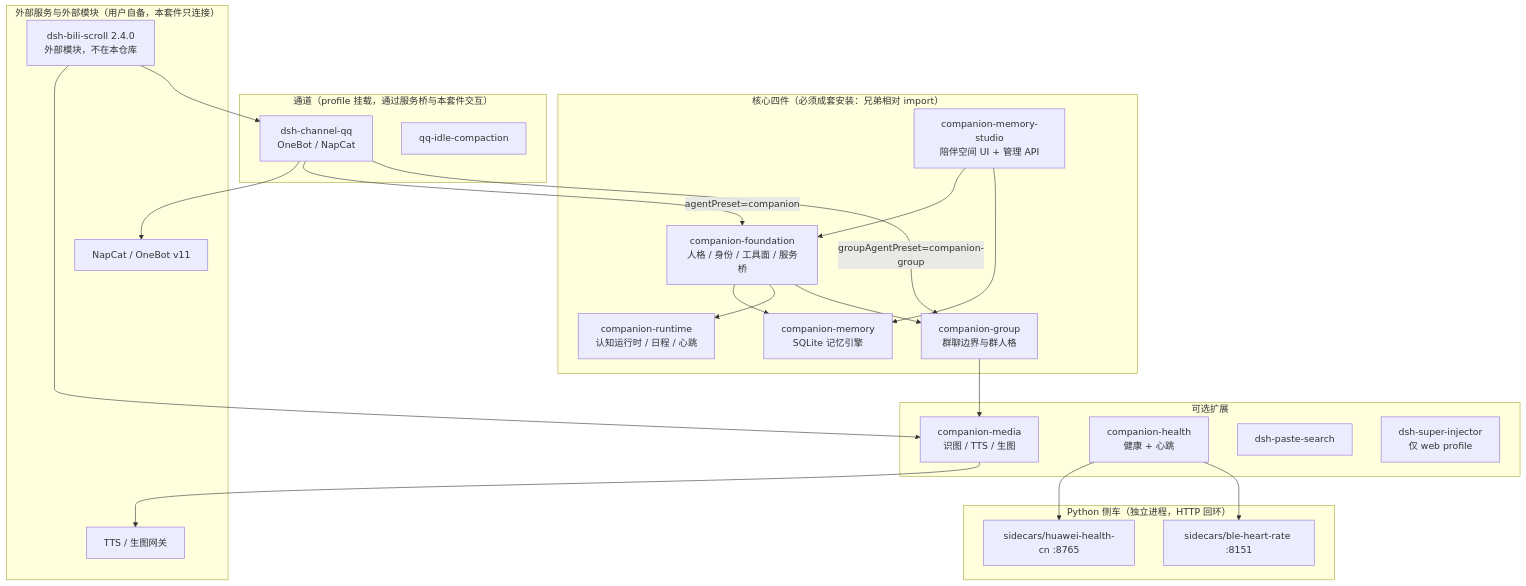
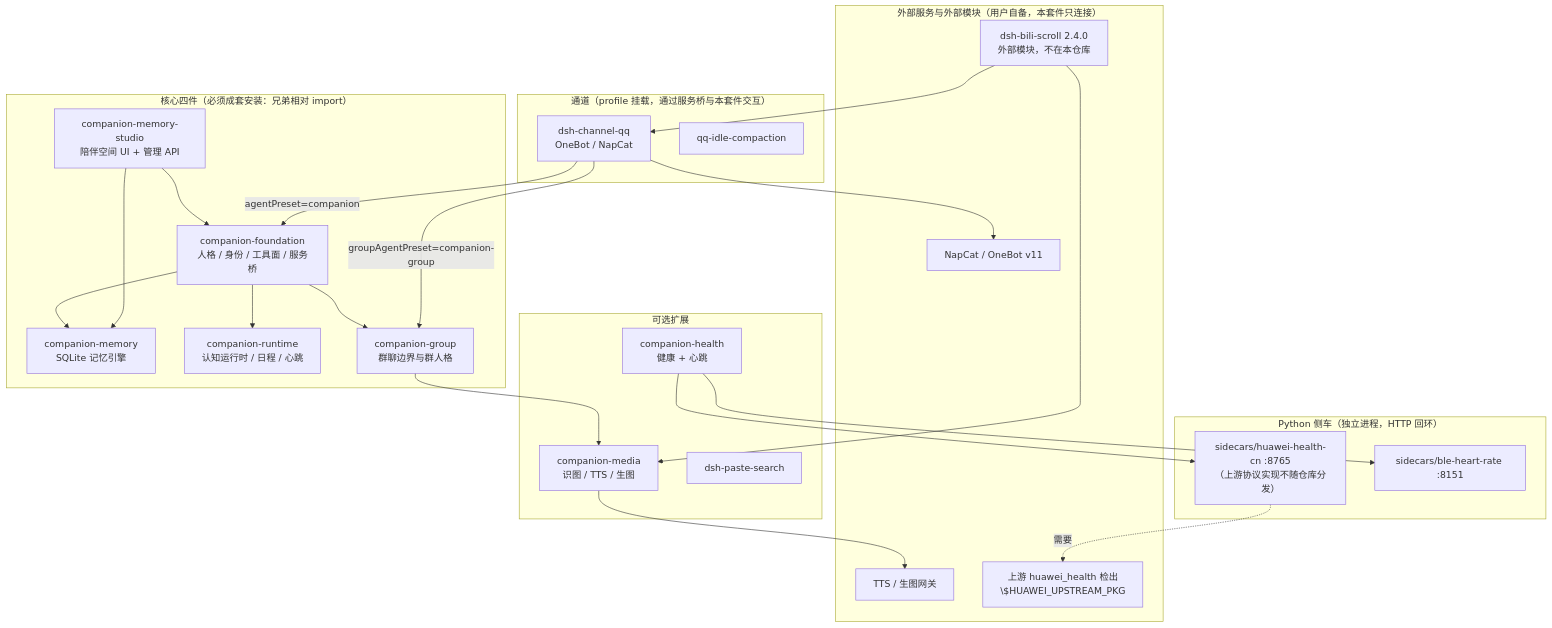
Before and after one commit to FamousBOBO/dsh-companion: the diagram in docs/03-modules-support-matrix.md, drawn with Mermaid. The commit also changed other lines of this file and 141 other files, not shown here.

````diff
--- a/docs/03-modules-support-matrix.md
+++ b/docs/03-modules-support-matrix.md
@@ -47,48 +86,49 @@
 ```mermaid
 flowchart TD
     subgraph core["核心四件（必须成套安装：兄弟相对 import）"]
         F[companion-foundation<br/>人格 / 身份 / 工具面 / 服务桥]
         M[companion-memory<br/>SQLite 记忆引擎]
         R[companion-runtime<br/>认知运行时 / 日程 / 心跳]
         G[companion-group<br/>群聊边界与群人格]
         S[companion-memory-studio<br/>陪伴空间 UI + 管理 API]
         F --> M
         F --> R
         F --> G
         S --> F
         S --> M
     end
 
     subgraph channels["通道（profile 挂载，通过服务桥与本套件交互）"]
         Q[dsh-channel-qq<br/>OneBot / NapCat]
         QC[qq-idle-compaction]
     end
 
     subgraph optional["可选扩展"]
         MD[companion-media<br/>识图 / TTS / 生图]
         H[companion-health<br/>健康 + 心跳]
         PS[dsh-paste-search]
-        SI[dsh-super-injector<br/>仅 web profile]
     end
 
     subgraph sidecars["Python 侧车（独立进程，HTTP 回环）"]
-        HW[sidecars/huawei-health-cn :8765]
+        HW["sidecars/huawei-health-cn :8765<br/>（上游协议实现不随仓库分发）"]
         BLE[sidecars/ble-heart-rate :8151]
     end
 
     subgraph external["外部服务与外部模块（用户自备，本套件只连接）"]
         OB[NapCat / OneBot v11]
         MEDIA[TTS / 生图网关]
-        BILI[dsh-bili-scroll 2.4.0<br/>外部模块，不在本仓库]
+        UP["上游 huawei_health 检出<br/>\$HUAWEI_UPSTREAM_PKG"]
+        BILI["dsh-bili-scroll 2.4.0<br/>外部模块，不在本仓库"]
     end
 
     Q --> OB
     Q -->|agentPreset=companion| F
     Q -->|groupAgentPreset=companion-group| G
     G --> MD
     H --> HW
     H --> BLE
+    HW -.->|需要| UP
     MD --> MEDIA
     BILI --> MD
     BILI --> Q
 ```
````
